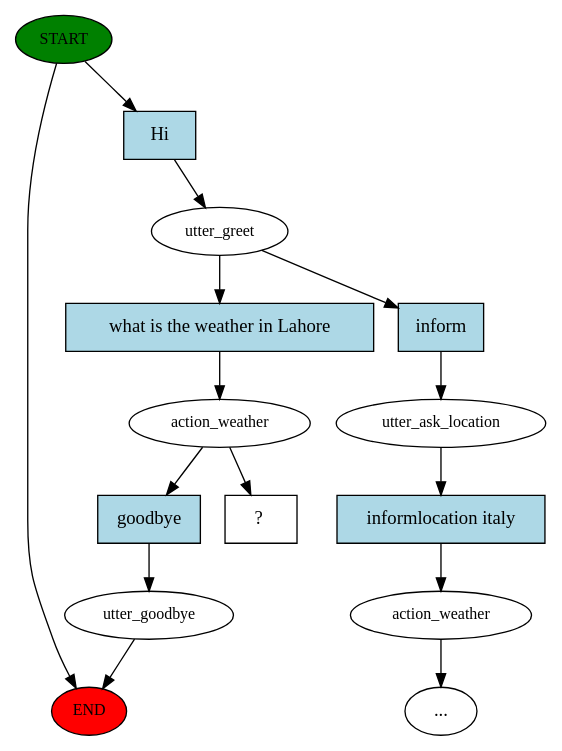
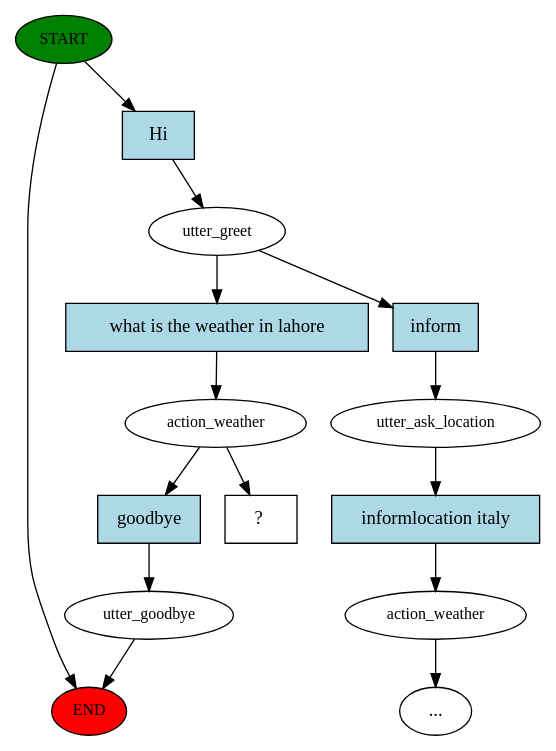
One commit to Nomiluks/weather-bot changed the diagram in story_graph.dot. Above: the diagram before and after it, drawn with Graphviz. The commit also changed 15 other files, not shown here.

```diff
--- a/story_graph.dot
+++ b/story_graph.dot
@@ -1,30 +1,30 @@
 digraph  {
 0 [class="start active", fillcolor=green, fontsize=12, label=START, style=filled];
 "-1" [class=end, fillcolor=red, fontsize=12, label=END, style=filled];
 1 [class=active, fontsize=12, label=utter_greet];
 2 [class="", fontsize=12, label=utter_ask_location];
 3 [class="", fontsize=12, label=action_weather];
 "-3" [class=ellipsis, label="..."];
 5 [class=active, fontsize=12, label=action_weather];
 6 [class="", fontsize=12, label=utter_goodbye];
 9 [class="intent dashed active", label="  ?  ", shape=rect];
 10 [class="intent active", fillcolor=lightblue, label=Hi, shape=rect, style=filled];
 11 [class=intent, fillcolor=lightblue, label=inform, shape=rect, style=filled];
-12 [class="intent active", fillcolor=lightblue, label="what is the weather in Lahore", shape=rect, style=filled];
+12 [class="intent active", fillcolor=lightblue, label="what is the weather in lahore", shape=rect, style=filled];
 13 [class=intent, fillcolor=lightblue, label="informlocation italy", shape=rect, style=filled];
 14 [class=intent, fillcolor=lightblue, label=goodbye, shape=rect, style=filled];
 0 -> "-1"  [class="", key=NONE, label=""];
 0 -> 10  [class=active, key=0];
 1 -> 11  [class="", key=0];
 1 -> 12  [class=active, key=0];
 2 -> 13  [class="", key=0];
 3 -> "-3"  [class="", key=NONE, label=""];
 5 -> 9  [class=active, key=NONE, label=""];
 5 -> 14  [class="", key=0];
 6 -> "-1"  [class="", key=NONE, label=""];
 10 -> 1  [class=active, key=0];
 11 -> 2  [class="", key=0];
 12 -> 5  [class=active, key=0];
 13 -> 3  [class="", key=0];
 14 -> 6  [class="", key=0];
 }
```
